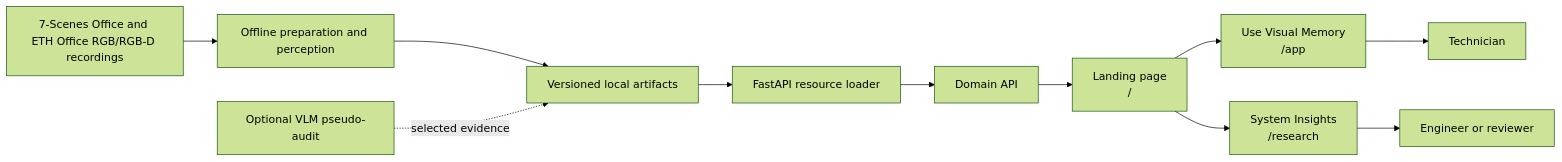
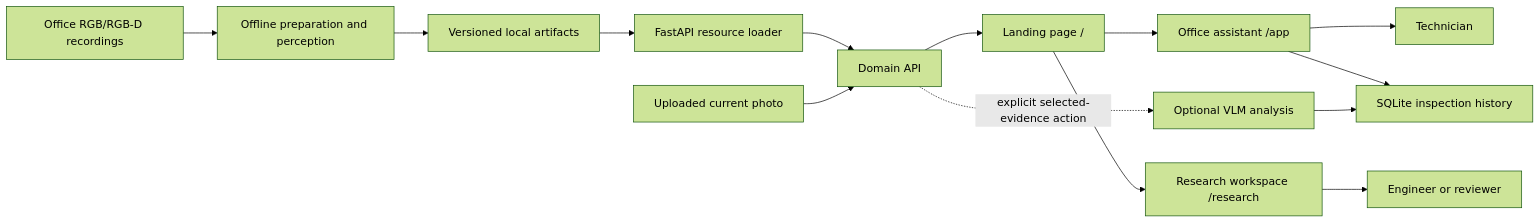
One commit to madhavpr191221/visual-memory-lab changed the first of 2 diagrams in docs/system_design_and_architecture.md. Above: the diagram before and after it, drawn with Mermaid (forest theme). The commit also changed other lines of this file and 1 other file, not shown here.

Commit message:
Refresh office product documentation

````diff
--- a/docs/system_design_and_architecture.md
+++ b/docs/system_design_and_architecture.md
@@ -19,20 +17,25 @@
 ```mermaid
 flowchart LR
-    D[7-Scenes Office and ETH Office RGB/RGB-D recordings]
+    D[Office RGB/RGB-D recordings]
+    U[Uploaded current photo]
     P[Offline preparation and perception]
     A[Versioned local artifacts]
     F[FastAPI resource loader]
     API[Domain API]
-    L[Landing page\n/]
-    APP[Use Visual Memory\n/app]
-    INS[System Insights\n/research]
+    L[Landing page /]
+    APP[Office assistant /app]
+    R[Research workspace /research]
+    H[SQLite inspection history]
     T[Technician]
-    R[Engineer or reviewer]
-    V[Optional VLM pseudo-audit]
+    E[Engineer or reviewer]
+    V[Optional VLM analysis]
 
     D --> P --> A --> F --> API
+    U --> API
     API --> L
     L --> APP --> T
-    L --> INS --> R
-    V -. selected evidence .-> A
+    L --> R --> E
+    APP --> H
+    API -. explicit selected-evidence action .-> V
+    V --> H
 ```
````
